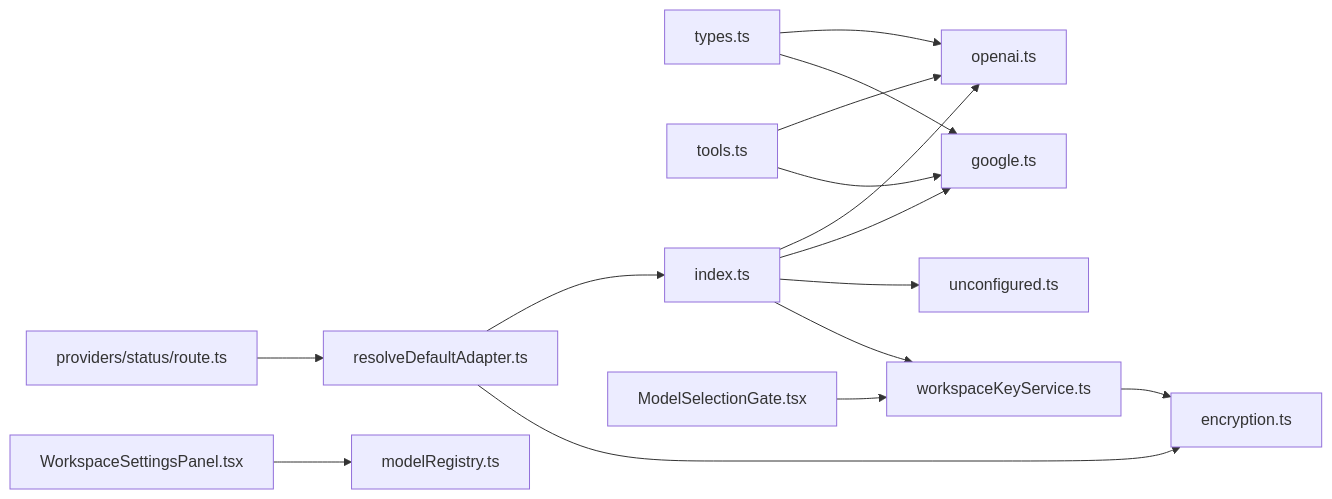
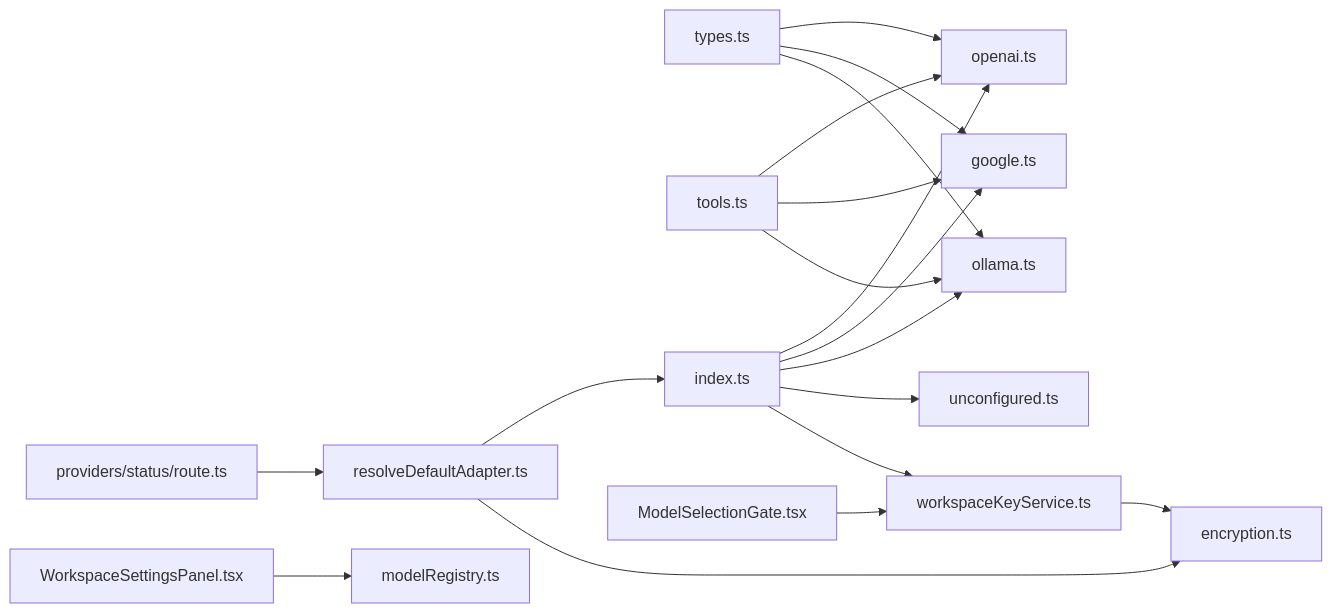
The ninth of 9 diagrams in .qoder/repowiki/en/content/AI Generation Engine/AI Provider Adapters/AI Provider Adapters.md (shekhargiri005-dotcom/AI-powered-accessibility-first-UI-engine), drawn with Mermaid before and after one commit. The commit also changed other lines of this file and 24 other files, not shown here.

````diff
--- a/.qoder/repowiki/en/content/AI Generation Engine/AI Provider Adapters/AI Provider Adapters.md
+++ b/.qoder/repowiki/en/content/AI Generation Engine/AI Provider Adapters/AI Provider Adapters.md
@@ -522,17 +615,20 @@
 ```mermaid
 graph LR
 TYPES["types.ts"] --> OA["openai.ts"]
 TYPES --> GA["google.ts"]
+TYPES --> OL["ollama.ts"]
 TOOLS["tools.ts"] --> OA
 TOOLS --> GA
+TOOLS --> OL
 IDX["index.ts"] --> OA
 IDX --> GA
+IDX --> OL
 IDX --> UNC["unconfigured.ts"]
 IDX --> WKS["workspaceKeyService.ts"]
 RDA["resolveDefaultAdapter.ts"] --> IDX
 RDA --> ENC["encryption.ts"]
 WKS --> ENC
 API["providers/status/route.ts"] --> RDA
 MSG["ModelSelectionGate.tsx"] --> WKS
 WSP["WorkspaceSettingsPanel.tsx"] --> MR["modelRegistry.ts"]
 ```
````
